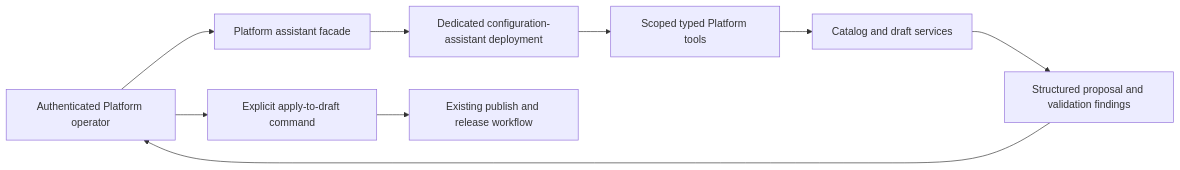
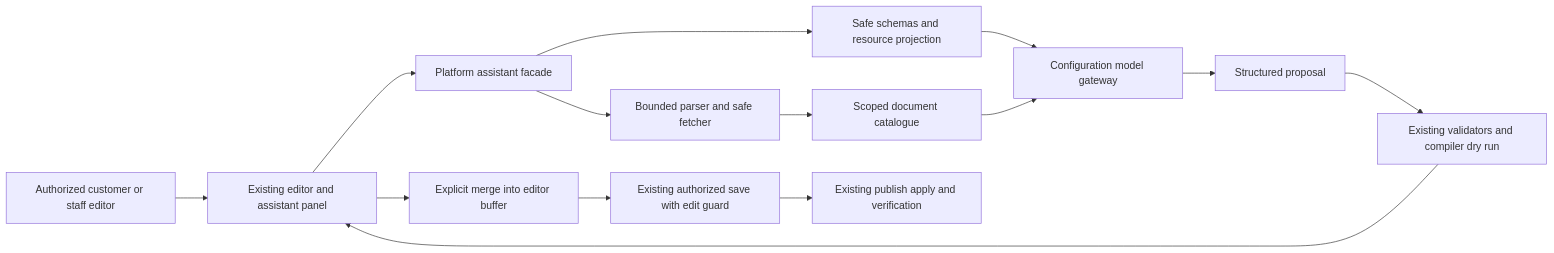
The diagram in doc/Productization/future-work/MarketPlace/Products/Strategy/RoadMaps/Implementation/010_37_PLATFORM_DEPLOYMENT_CONFIGURATION_ASSISTANT_IMPLEMENTATION_PLAN.md (mahmoudashraf/AI-Fabric-Framework), drawn with Mermaid before and after one commit. The commit also changed other lines of this file, not shown here.

Commit message:
docs: expand configuration assistant implementation plan

````diff
--- a/doc/Productization/future-work/MarketPlace/Products/Strategy/RoadMaps/Implementation/010_37_PLATFORM_DEPLOYMENT_CONFIGURATION_ASSISTANT_IMPLEMENTATION_PLAN.md
+++ b/doc/Productization/future-work/MarketPlace/Products/Strategy/RoadMaps/Implementation/010_37_PLATFORM_DEPLOYMENT_CONFIGURATION_ASSISTANT_IMPLEMENTATION_PLAN.md
@@ -33,11 +289,16 @@
 ```mermaid
 flowchart LR
-  U[Authenticated Platform operator] --> F[Platform assistant facade]
-  F --> R[Dedicated configuration-assistant deployment]
-  R --> T[Scoped typed Platform tools]
-  T --> C[Catalog and draft services]
-  C --> P[Structured proposal and validation findings]
-  P --> U
-  U --> S[Explicit apply-to-draft command]
-  S --> V[Existing publish and release workflow]
+  U[Authorized customer or staff editor] --> P[Existing editor and assistant panel]
+  P --> F[Platform assistant facade]
+  F --> I[Bounded parser and safe fetcher]
+  I --> D[Scoped document catalogue]
+  F --> C[Safe schemas and resource projection]
+  C --> M[Configuration model gateway]
+  D --> M
+  M --> G[Structured proposal]
+  G --> V[Existing validators and compiler dry run]
+  V --> P
+  P --> B[Explicit merge into editor buffer]
+  B --> S[Existing authorized save with edit guard]
+  S --> R[Existing publish apply and verification]
 ```
````
